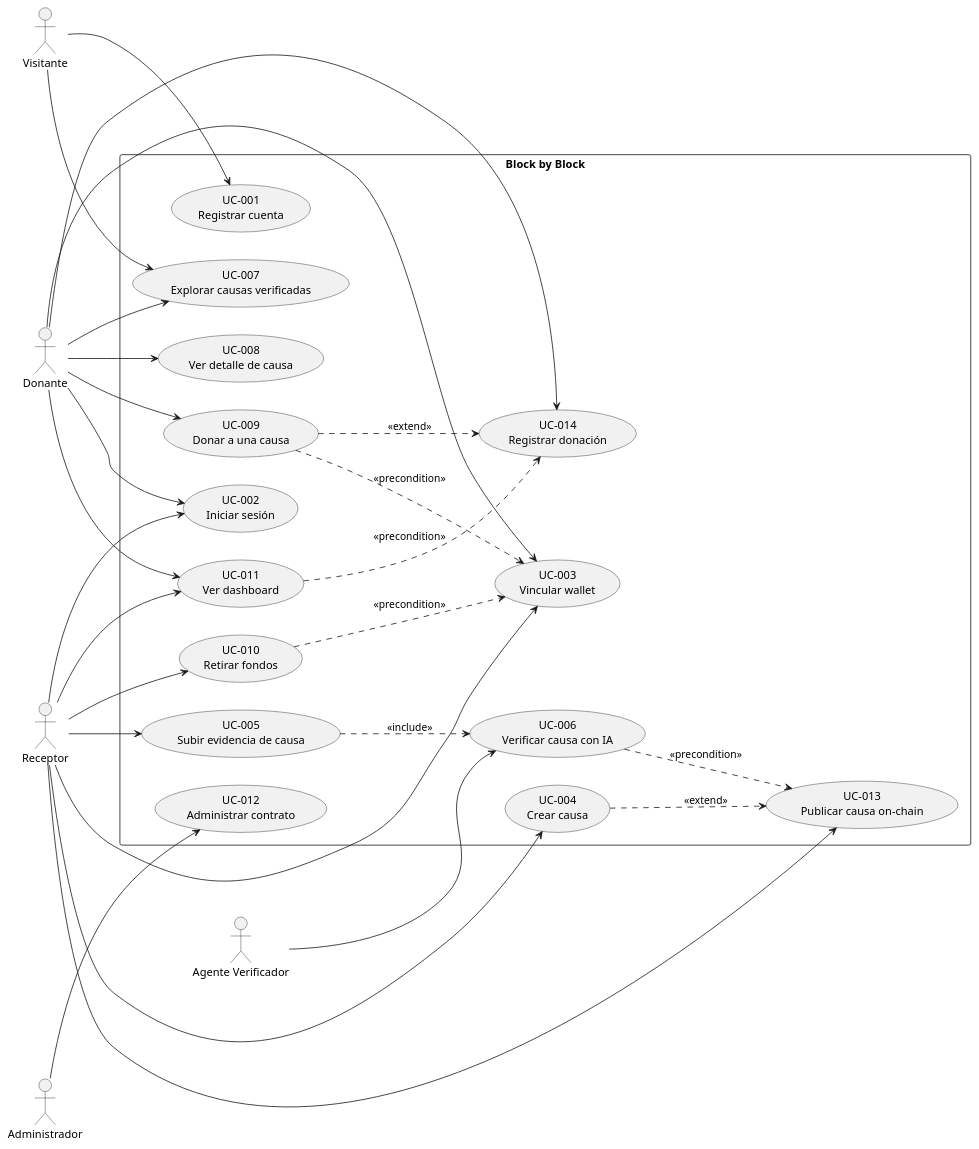
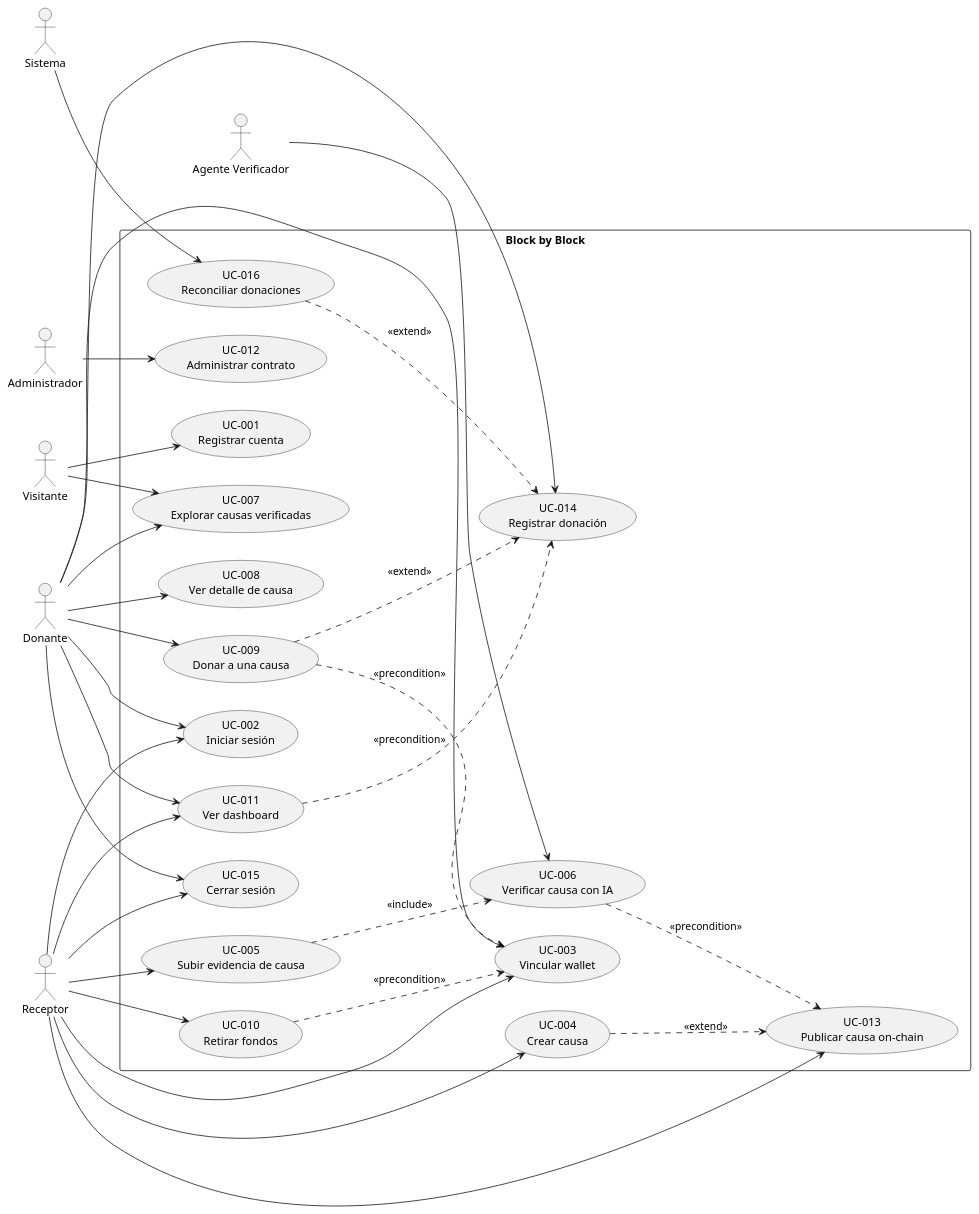
One commit to mauc-agentic/block-by-block changed the diagram in docs/use_cases.puml. Above: the diagram before and after it, drawn with PlantUML. The commit also changed 82 other files, not shown here.

```diff
--- a/docs/use_cases.puml
+++ b/docs/use_cases.puml
@@ -1,54 +1,61 @@
 @startuml Use Cases Overview
 left to right direction
 
 actor "Visitante" as visitor
 actor "Donante" as donor
 actor "Receptor" as recipient
 actor "Agente Verificador" as agent
 actor "Administrador" as admin
+actor "Sistema" as system
 
 rectangle "Block by Block" {
     usecase "UC-001\nRegistrar cuenta" as UC001
     usecase "UC-002\nIniciar sesión" as UC002
     usecase "UC-003\nVincular wallet" as UC003
     usecase "UC-004\nCrear causa" as UC004
     usecase "UC-005\nSubir evidencia de causa" as UC005
     usecase "UC-006\nVerificar causa con IA" as UC006
     usecase "UC-007\nExplorar causas verificadas" as UC007
     usecase "UC-008\nVer detalle de causa" as UC008
     usecase "UC-009\nDonar a una causa" as UC009
     usecase "UC-010\nRetirar fondos" as UC010
     usecase "UC-011\nVer dashboard" as UC011
     usecase "UC-012\nAdministrar contrato" as UC012
     usecase "UC-013\nPublicar causa on-chain" as UC013
     usecase "UC-014\nRegistrar donación" as UC014
+    usecase "UC-015\nCerrar sesión" as UC015
+    usecase "UC-016\nReconciliar donaciones" as UC016
 }
 
 visitor --> UC001
 visitor --> UC007
 donor --> UC002
 recipient --> UC002
 donor --> UC003
 recipient --> UC003
 recipient --> UC004
 recipient --> UC005
 recipient --> UC013
 agent --> UC006
 admin --> UC012
 donor --> UC007
 donor --> UC008
 donor --> UC009
 donor --> UC014
+donor --> UC015
+recipient --> UC015
+system --> UC016
 recipient --> UC010
 donor --> UC011
 recipient --> UC011
 
 UC005 ..> UC006 : <<include>>
 UC004 ..> UC013 : <<extend>>
 UC006 ..> UC013 : <<precondition>>
 UC009 ..> UC014 : <<extend>>
+UC016 ..> UC014 : <<extend>>
 UC011 ..> UC014 : <<precondition>>
 UC009 ..> UC003 : <<precondition>>
 UC010 ..> UC003 : <<precondition>>
 
 @enduml
```
